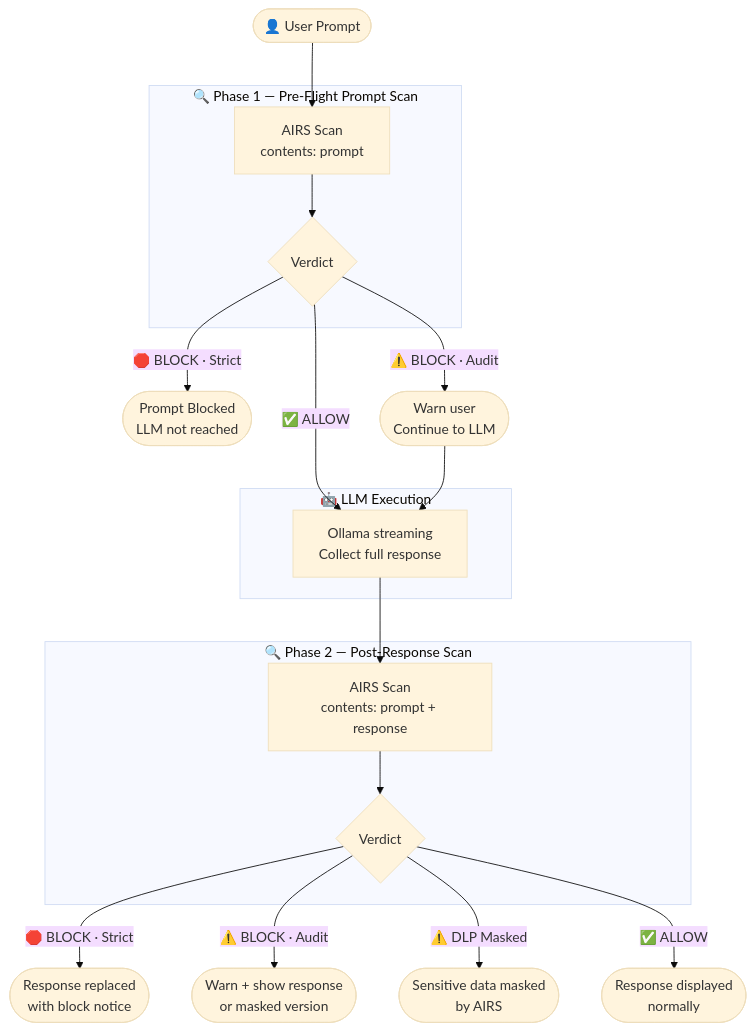
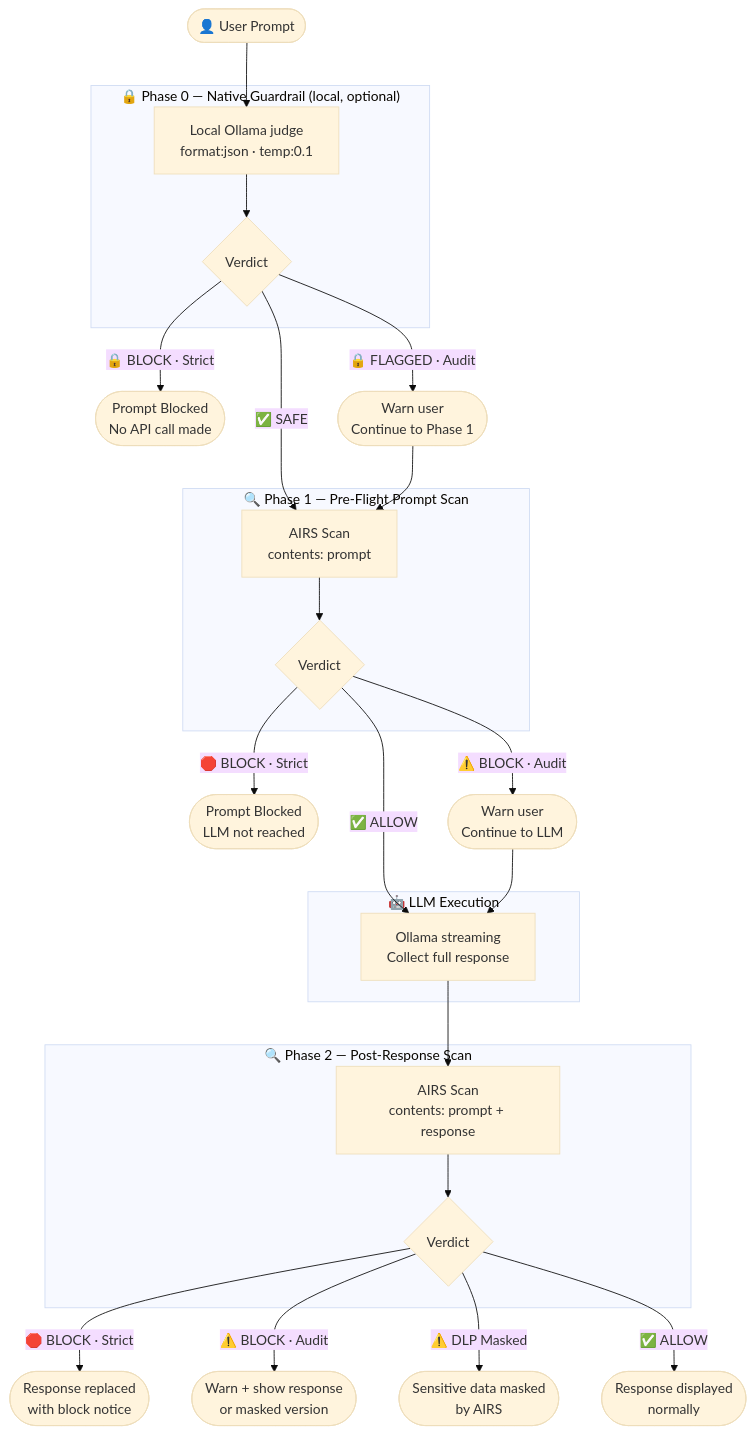
The diagram in docs/PRD.md (packetcraft/llm-security-workbench), drawn with Mermaid (base theme) before and after one commit. The commit also changed other lines of this file and 1 other file, not shown here.

First line of the commit message:
Docs: document Phase 0 Native Guardrail in README and PRD

````diff
--- a/docs/PRD.md
+++ b/docs/PRD.md
@@ -141,29 +194,39 @@
 ```mermaid
 flowchart TD
-    A([👤 User Prompt]) --> B
+    A([👤 User Prompt]) --> B0
+
+    subgraph PHASE0 ["🔒 Phase 0 — Native Guardrail (local, optional)"]
+        B0[Local Ollama judge\nformat:json · temp:0.1] --> C0{Verdict}
+    end
+
+    C0 -- "🔒 BLOCK · Strict" --> D0([Prompt Blocked\nNo API call made])
+    C0 -- "🔒 FLAGGED · Audit" --> E0([Warn user\nContinue to Phase 1])
+    C0 -- "✅ SAFE" --> B
+
+    E0 --> B
 
     subgraph PHASE1 ["🔍 Phase 1 — Pre-Flight Prompt Scan"]
         B[AIRS Scan\ncontents: prompt] --> C{Verdict}
     end
 
     C -- "🛑 BLOCK · Strict" --> D([Prompt Blocked\nLLM not reached])
     C -- "⚠️ BLOCK · Audit" --> E([Warn user\nContinue to LLM])
     C -- "✅ ALLOW" --> F
 
     E --> F
 
     subgraph LLM ["🤖 LLM Execution"]
         F[Ollama streaming\nCollect full response]
     end
 
     F --> G
 
     subgraph PHASE2 ["🔍 Phase 2 — Post-Response Scan"]
         G[AIRS Scan\ncontents: prompt + response] --> H{Verdict}
     end
 
     H -- "🛑 BLOCK · Strict" --> I([Response replaced\nwith block notice])
     H -- "⚠️ BLOCK · Audit" --> J([Warn + show response\nor masked version])
     H -- "⚠️ DLP Masked" --> K([Sensitive data masked\nby AIRS])
     H -- "✅ ALLOW" --> L([Response displayed\nnormally])
 ```
````
